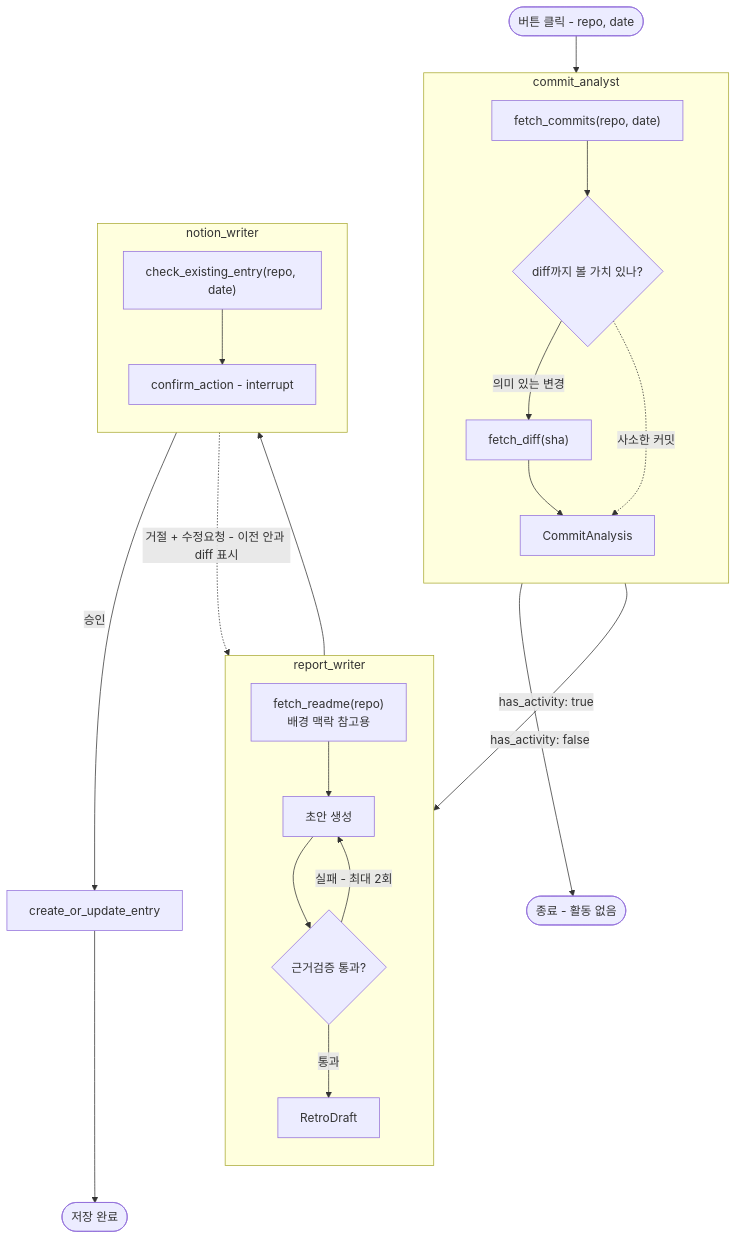
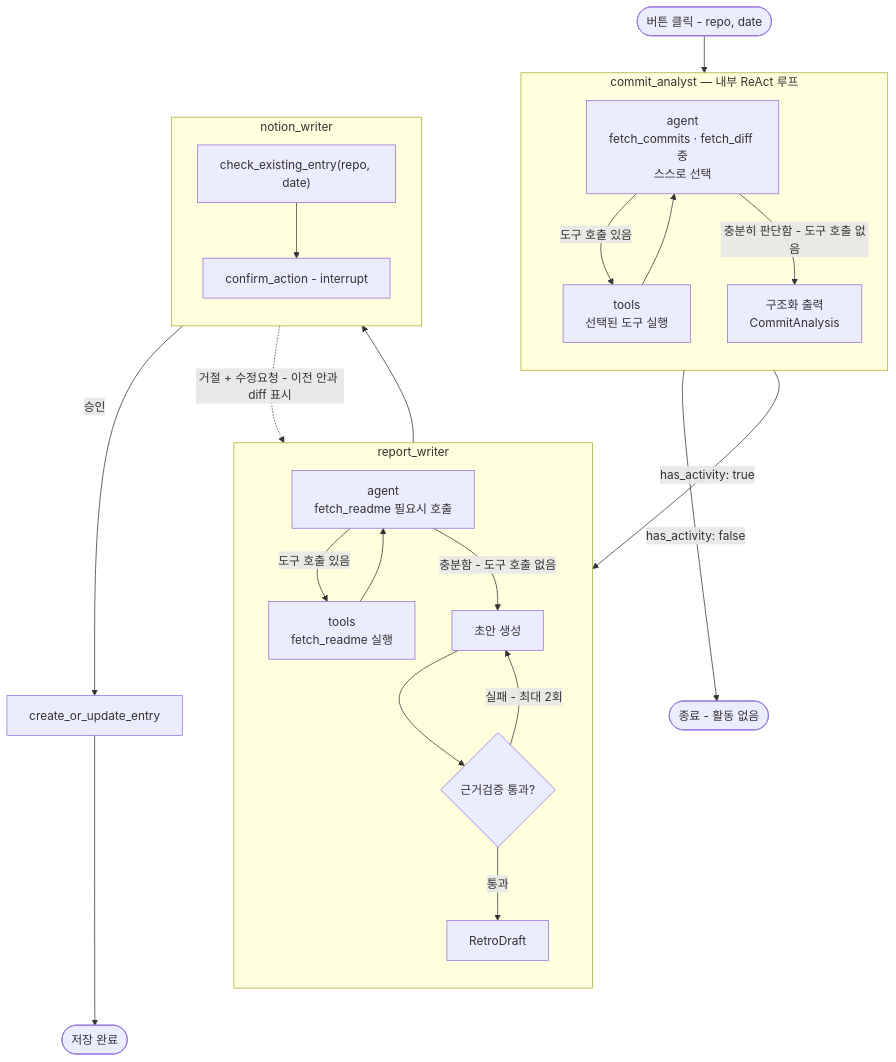
The diagram in README.md (hochan00/langgraph-agent), drawn with Mermaid before and after one commit. The commit also changed other lines of this file, not shown here.

````diff
--- a/README.md
+++ b/README.md
@@ -64,41 +64,41 @@
 ```mermaid
 flowchart TD
-    START([버튼 클릭 - repo, date]) --> a1
+    START([버튼 클릭 - repo, date]) --> a_agent
 
-    subgraph analyst[commit_analyst]
+    subgraph analyst["commit_analyst — 내부 ReAct 루프"]
         direction TB
-        a1["fetch_commits(repo, date)"]
-        a2{diff까지 볼 가치 있나?}
-        a3["fetch_diff(sha)"]
-        a4[CommitAnalysis]
-        a1 --> a2
-        a2 -->|의미 있는 변경| a3 --> a4
-        a2 -.->|사소한 커밋| a4
+        a_agent["agent<br/>fetch_commits · fetch_diff 중<br/>스스로 선택"]
+        a_tools["tools<br/>선택된 도구 실행"]
+        a4["구조화 출력<br/>CommitAnalysis"]
+        a_agent -->|도구 호출 있음| a_tools --> a_agent
+        a_agent -->|충분히 판단함 - 도구 호출 없음| a4
     end
 
     a4 -->|has_activity: false| END1([종료 - 활동 없음])
-    a4 -->|has_activity: true| w1
+    a4 -->|has_activity: true| w_agent
 
     subgraph writer[report_writer]
         direction TB
-        w1["fetch_readme(repo)<br/>배경 맥락 참고용"]
+        w_agent["agent<br/>fetch_readme 필요시 호출"]
+        w_tools["tools<br/>fetch_readme 실행"]
         w2[초안 생성]
         w3{근거검증 통과?}
         w4[RetroDraft]
-        w1 --> w2 --> w3
+        w_agent -->|도구 호출 있음| w_tools --> w_agent
+        w_agent -->|충분함 - 도구 호출 없음| w2 --> w3
         w3 -->|실패 - 최대 2회| w2
         w3 -->|통과| w4
     end
 
     w4 --> n1
 
     subgraph notion[notion_writer]
         direction TB
         n1["check_existing_entry(repo, date)"]
         n2[confirm_action - interrupt]
         n1 --> n2
     end
 
     n2 -->|승인| n3["create_or_update_entry"] --> END2([저장 완료])
     n2 -.->|거절 + 수정요청 - 이전 안과 diff 표시| w2
 ```
````
